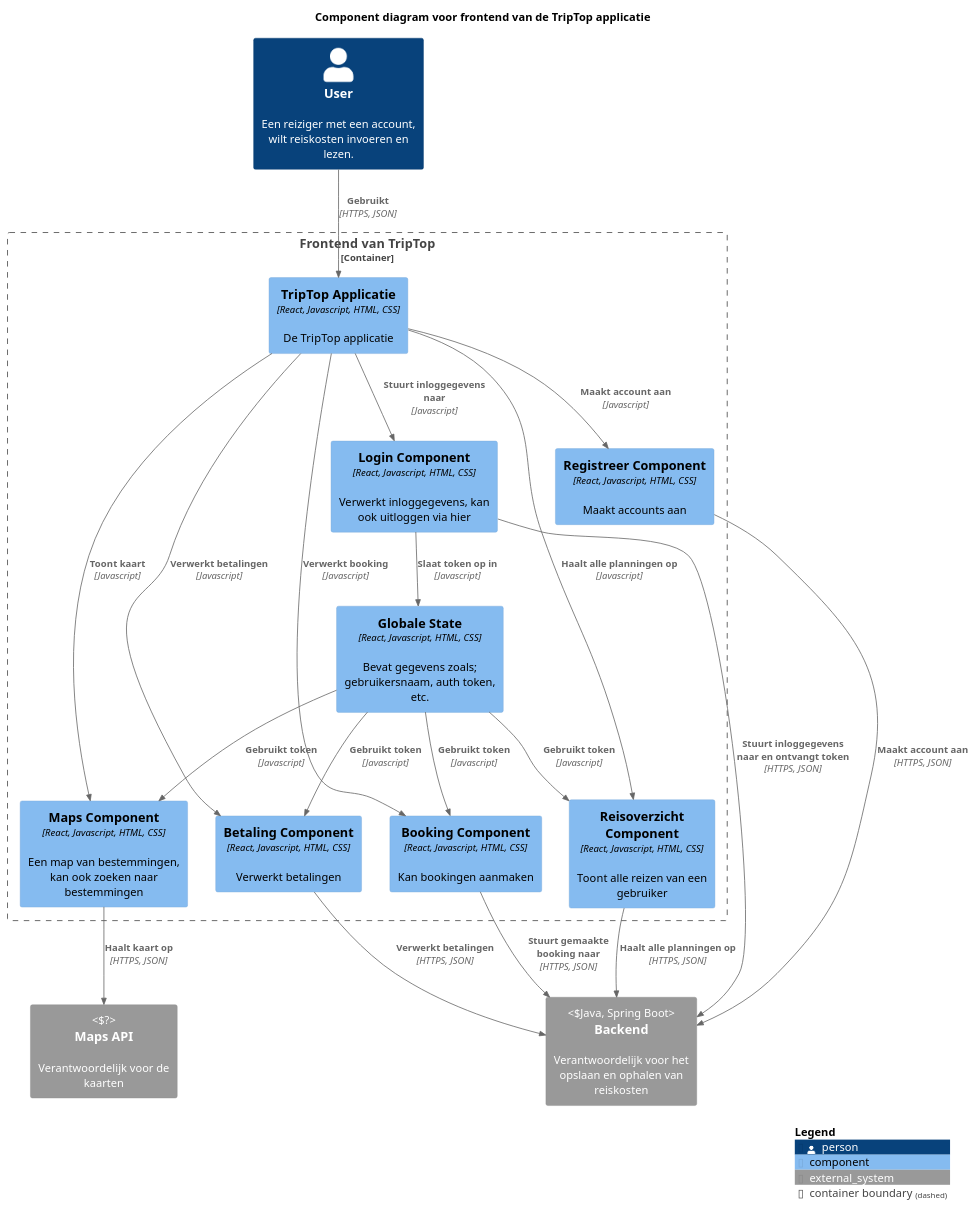
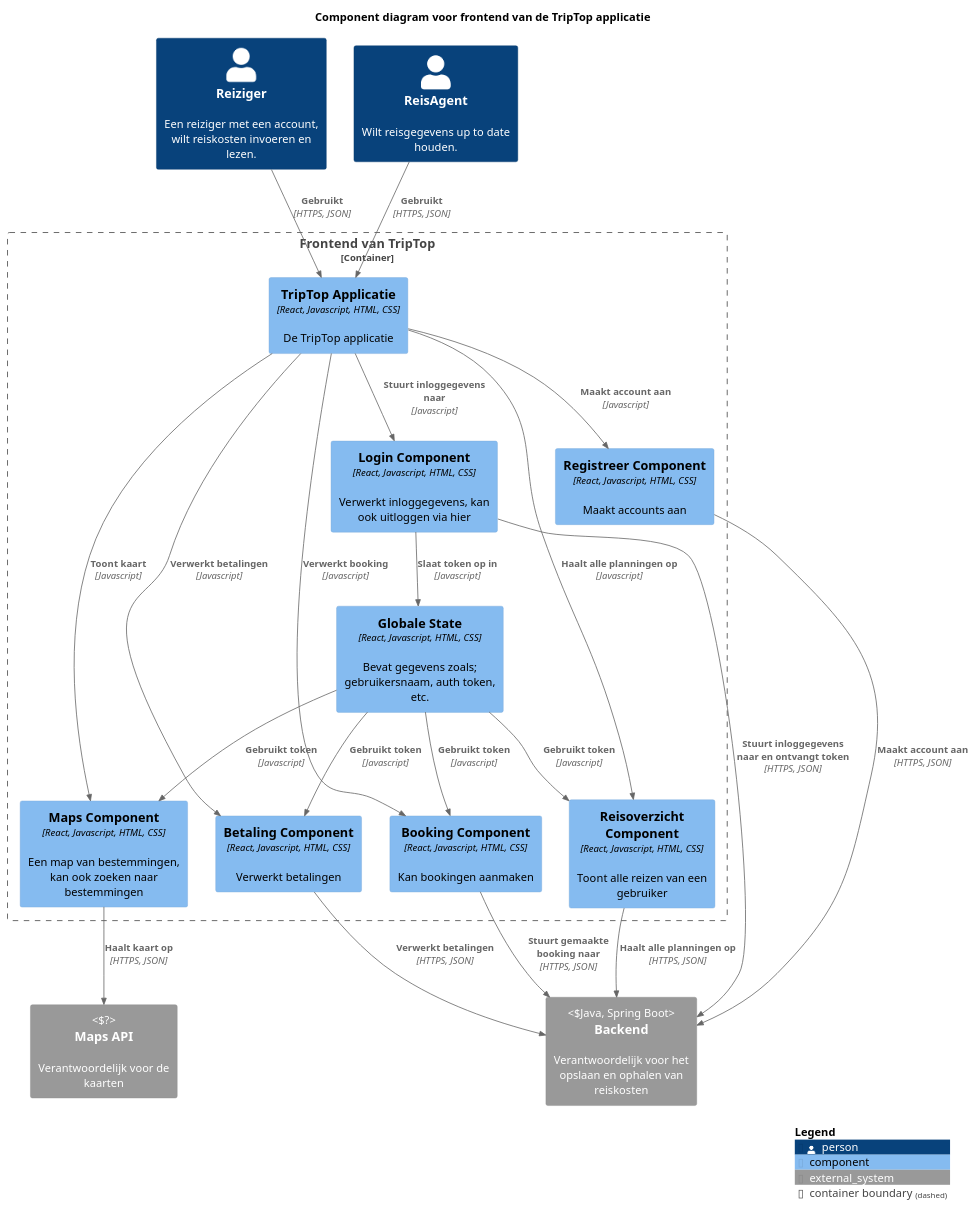
One commit to AIM-ENE-feb25/triptop-groep-b6 changed the diagram in gemaakte-werk-daniel/week-2/les-1/les/TripTop-frontend-component.puml. Above: the diagram before and after it, drawn with PlantUML. The commit also changed 1 other file, not shown here.

Commit message:
fixes + wip backend component diagram

```diff
--- a/gemaakte-werk-daniel/week-2/les-1/les/TripTop-frontend-component.puml
+++ b/gemaakte-werk-daniel/week-2/les-1/les/TripTop-frontend-component.puml
@@ -1,57 +1,55 @@
 @startuml
 !include https://raw.githubusercontent.com/plantuml-stdlib/C4-PlantUML/master/C4_Component.puml
 ' uncomment the following line and comment the first to use locally
 ' !include C4_Component.puml
 
 LAYOUT_WITH_LEGEND()
 
 title Component diagram voor frontend van de TripTop applicatie
 
-Person(user, "User", "Een reiziger met een account, wilt reiskosten invoeren en lezen." )
+Person(user, "Reiziger", "Een reiziger met een account, wilt reiskosten invoeren en lezen." )
+
+Person(reisagent, "ReisAgent", "Wilt reisgegevens up to date houden." )
 
 Container_Boundary(api, "Frontend van TripTop") {
     Component(login, "Login Component", "React, Javascript, HTML, CSS", "Verwerkt inloggegevens, kan ook uitloggen via hier")
     Component(registreer, "Registreer Component", "React, Javascript, HTML, CSS", "Maakt accounts aan")
     Component(booking, "Booking Component", "React, Javascript, HTML, CSS", "Kan bookingen aanmaken")
     Component(reisoverzicht, "Reisoverzicht Component", "React, Javascript, HTML, CSS", "Toont alle reizen van een gebruiker")
     Component(betaling, "Betaling Component", "React, Javascript, HTML, CSS", "Verwerkt betalingen")
     Component(maps, "Maps Component", "React, Javascript, HTML, CSS", "Een map van bestemmingen, kan ook zoeken naar bestemmingen")
     Component(app, "TripTop Applicatie", "React, Javascript, HTML, CSS", "De TripTop applicatie")
-
-'    Component(mappagina, "Map Pagina", "React, Javascript, HTML, CSS", "Toont een kaart met mogelijke bestemmingen")
-'    Component(zoekpagina, "Zoek Pagina", "React, Javascript, HTML, CSS", "Zoeken naar bestemmingen")
-'    Component(overizchtpagina, "Overzicht Pagina", "React, Javascript, HTML, CSS", "Overzicth van de gemaakte planningen")
-'    Component(loginpagina, "Login Pagina", "React, Javascript, HTML, CSS", "Verwerkt inloggegevens, kan ook uitloggen")
-'    Component(registreerpagina, "Registreer Pagina", "React, Javascript, HTML, CSS", "Maakt accounts aan o.b.v. inloggegevens")
 
     Component(globalestate, "Globale State", "React, Javascript, HTML, CSS", "Bevat gegevens zoals; gebruikersnaam, auth token, etc.")
 
     Rel(app, login, "Stuurt inloggegevens naar", "Javascript")
     Rel(login, globalestate, "Slaat token op in", "Javascript")
 
     Rel(globalestate, booking, "Gebruikt token", "Javascript")
     Rel(globalestate, maps, "Gebruikt token", "Javascript")
     Rel(globalestate, reisoverzicht, "Gebruikt token", "Javascript")
     Rel(globalestate, betaling, "Gebruikt token", "Javascript")
 
     Rel(app, booking, "Verwerkt booking", "Javascript")
     Rel(app, maps, "Toont kaart", "Javascript")
     Rel(app, reisoverzicht, "Haalt alle planningen op", "Javascript")
     Rel(app, betaling, "Verwerkt betalingen", "Javascript")
     Rel(app, registreer, "Maakt account aan", "Javascript")
 }
 System_Ext(backend, "Backend", "Verantwoordelijk voor het opslaan en ophalen van reiskosten", "Java, Spring Boot")
 System_Ext(mapsapi, "Maps API", "Verantwoordelijk voor de kaarten", "?")
 
 Rel(maps, mapsapi, "Haalt kaart op", "HTTPS, JSON")
 
+Rel(reisagent, app, "Gebruikt", "HTTPS, JSON")
+
 Rel(user, app, "Gebruikt", "HTTPS, JSON")
 
 Rel(registreer, backend, "Maakt account aan", "HTTPS, JSON")
 Rel(login, backend, "Stuurt inloggegevens naar en ontvangt token", "HTTPS, JSON")
 Rel(booking, backend, "Stuurt gemaakte booking naar", "HTTPS, JSON")
 Rel(reisoverzicht, backend, "Haalt alle planningen op", "HTTPS, JSON")
 Rel(betaling, backend, "Verwerkt betalingen", "HTTPS, JSON")
 
 SHOW_LEGEND()
 @enduml
```
